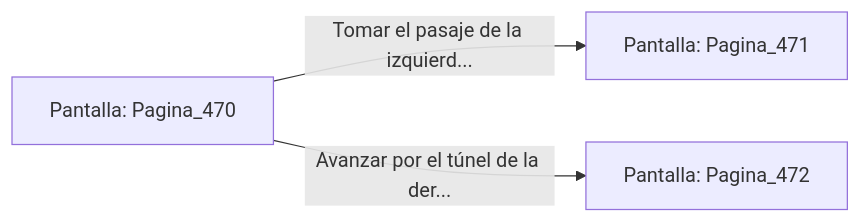
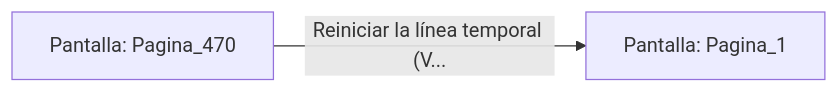
One commit to metsuke/mpl changed the diagram in sample/eligejuego-vault/Pantalla_Pagina_470.md. Above: the diagram before and after it, drawn with Mermaid. The commit also changed other lines of this file and 635 other files, not shown here.

First line of the commit message:
fix: añadir Pagina_1 como pantalla inicial en capitulo_01.mpl

````diff
--- a/sample/eligejuego-vault/Pantalla_Pagina_470.md
+++ b/sample/eligejuego-vault/Pantalla_Pagina_470.md
@@ -20,6 +17,5 @@
 ```mermaid
 graph LR
     P_Pagina_470["Pantalla: Pagina_470"]
-    P_Pagina_470 -->|"Tomar el pasaje de la izquierd..."| P_Pagina_471["Pantalla: Pagina_471"]
-    P_Pagina_470 -->|"Avanzar por el túnel de la der..."| P_Pagina_472["Pantalla: Pagina_472"]
+    P_Pagina_470 -->|"Reiniciar la línea temporal (V..."| P_Pagina_1["Pantalla: Pagina_1"]
 ```
````
